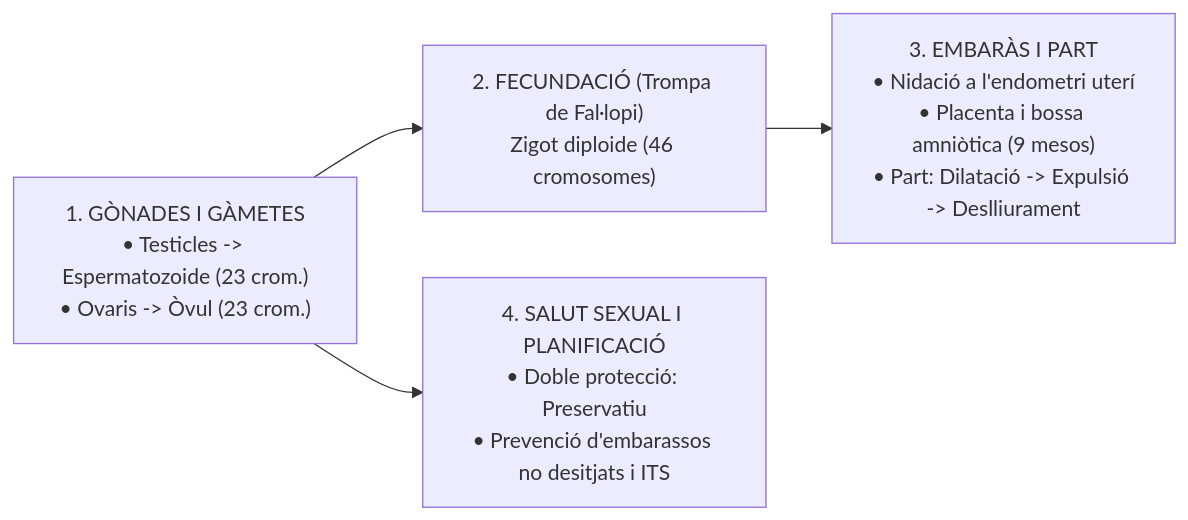
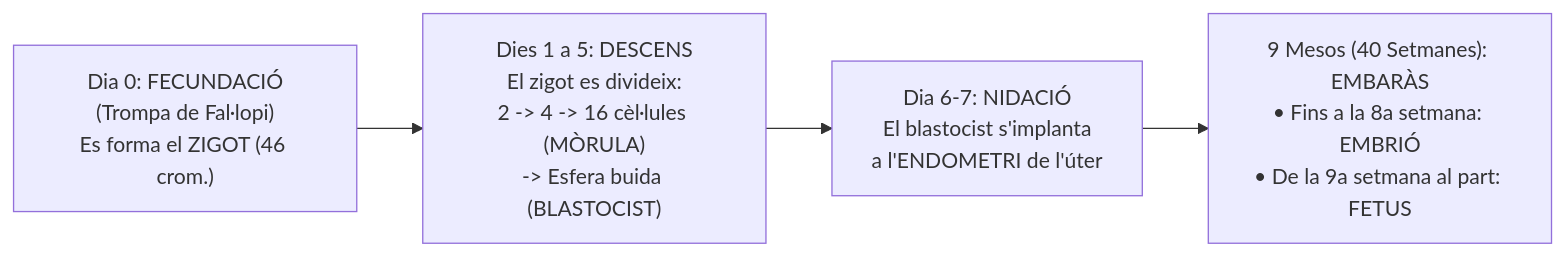
Before and after one commit to socderafel/socderafel.github.io: the fifth of 7 diagrams in biblioteca-cicles/01_FP_Basica/1fpb-ciencies-aplicades/nat09/index.md, drawn with Mermaid. The commit also changed other lines of this file and 68 other files, not shown here.

````diff
--- a/biblioteca-cicles/01_FP_Basica/1fpb-ciencies-aplicades/nat09/index.md
+++ b/biblioteca-cicles/01_FP_Basica/1fpb-ciencies-aplicades/nat09/index.md
@@ -34,14 +1153,15 @@
 ```mermaid
 flowchart LR
-  A["1. GÒNADES I GÀMETES
-• Testicles -> Espermatozoide (23 crom.)
-• Ovaris -> Òvul (23 crom.)"] --> B["2. FECUNDACIÓ (Trompa de Fal·lopi)
-Zigot diploide (46 cromosomes)"]
-  B --> C["3. EMBARÀS I PART
-• Nidació a l'endometri uterí
-• Placenta i bossa amniòtica (9 mesos)
-• Part: Dilatació -> Expulsió -> Deslliurament"]
-  A --> D["4. SALUT SEXUAL I PLANIFICACIÓ
-• Doble protecció: Preservatiu
-• Prevenció d'embarassos no desitjats i ITS"]
+  A["Dia 0: FECUNDACIÓ
+(Trompa de Fal·lopi)
+Es forma el ZIGOT (46 crom.)"] --> B["Dies 1 a 5: DESCENS
+El zigot es divideix:
+2 -> 4 -> 16 cèl·lules (MÒRULA)
+-> Esfera buida (BLASTOCIST)"]
+  B --> C["Dia 6-7: NIDACIÓ
+El blastocist s'implanta
+a l'ENDOMETRI de l'úter"]
+  C --> D["9 Mesos (40 Setmanes): EMBARÀS
+• Fins a la 8a setmana: EMBRIÓ
+• De la 9a setmana al part: FETUS"]
 ```
````
